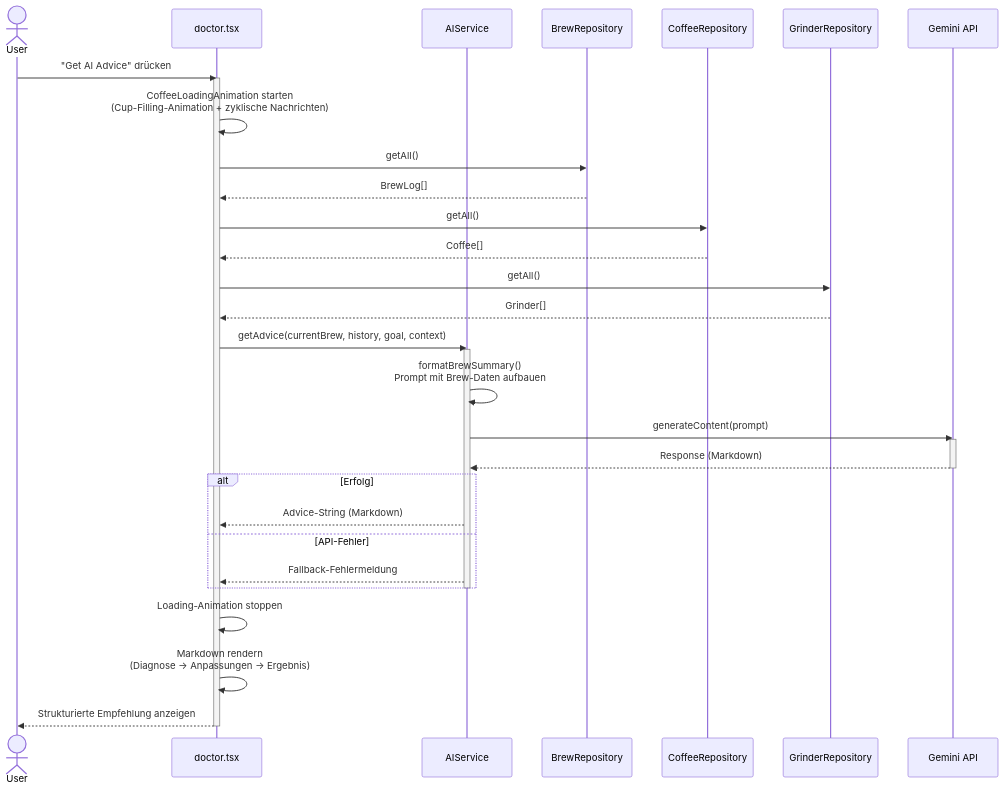
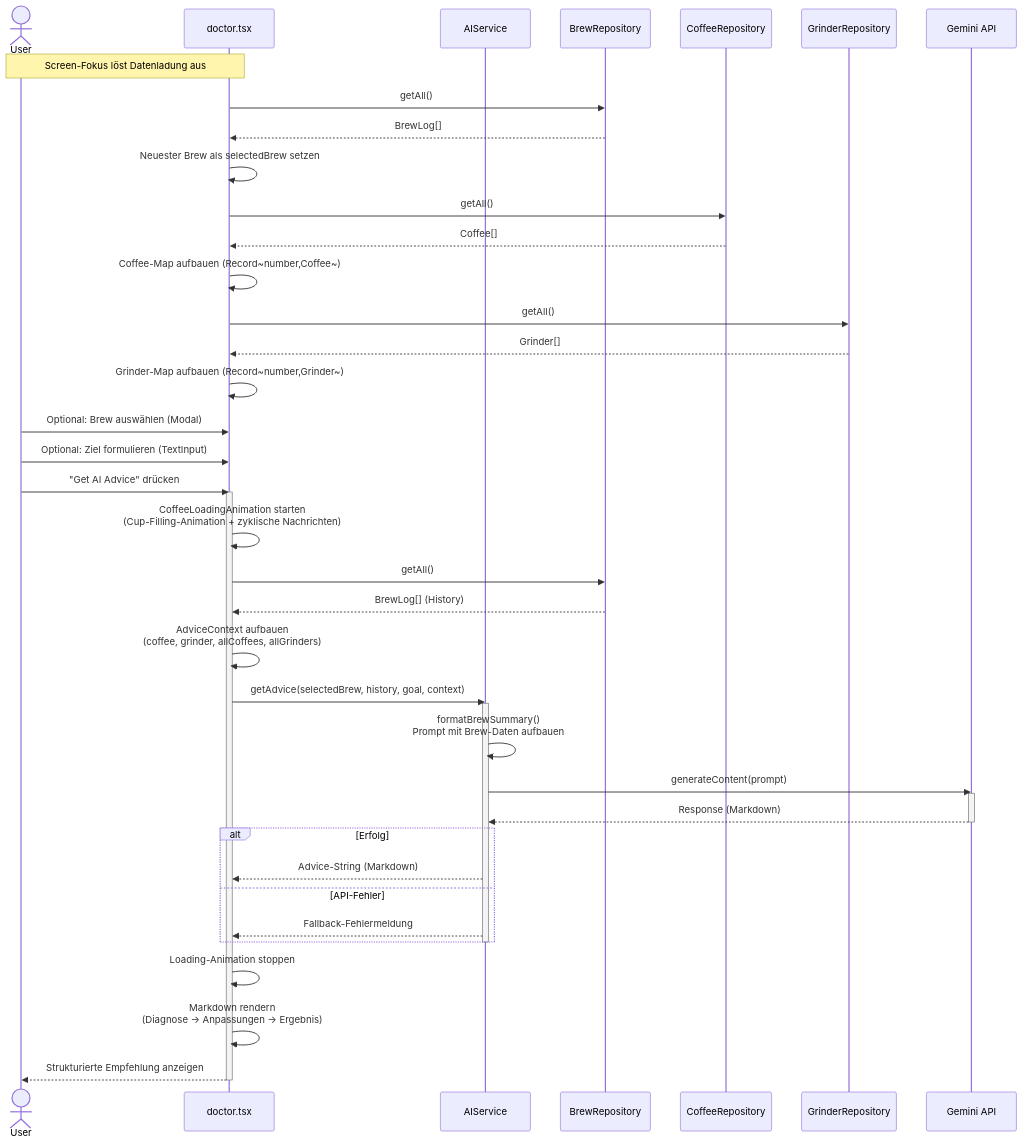
Before and after one commit to zobe03/Coffee-app: the fourth of 4 diagrams in README.md, drawn with Mermaid. The commit also changed other lines of this file, not shown here.

Commit message:
neie diagramme

````diff
--- a/README.md
+++ b/README.md
@@ -528,45 +569,56 @@
 ```mermaid
 sequenceDiagram
     actor User
     participant Doctor as doctor.tsx
     participant AIService as AIService
     participant BrewRepo as BrewRepository
     participant CoffeeRepo as CoffeeRepository
     participant GrinderRepo as GrinderRepository
     participant Gemini as Gemini API
 
+    Note over User,Doctor: Screen-Fokus löst Datenladung aus
+    Doctor->>BrewRepo: getAll()
+    BrewRepo-->>Doctor: BrewLog[]
+    Doctor->>Doctor: Neuester Brew als selectedBrew setzen
+
+    Doctor->>CoffeeRepo: getAll()
+    CoffeeRepo-->>Doctor: Coffee[]
+    Doctor->>Doctor: Coffee-Map aufbauen (Record~number,Coffee~)
+
+    Doctor->>GrinderRepo: getAll()
+    GrinderRepo-->>Doctor: Grinder[]
+    Doctor->>Doctor: Grinder-Map aufbauen (Record~number,Grinder~)
+
+    User->>Doctor: Optional: Brew auswählen (Modal)
+    User->>Doctor: Optional: Ziel formulieren (TextInput)
     User->>Doctor: "Get AI Advice" drücken
     activate Doctor
     Doctor->>Doctor: CoffeeLoadingAnimation starten<br/>(Cup-Filling-Animation + zyklische Nachrichten)
 
     Doctor->>BrewRepo: getAll()
-    BrewRepo-->>Doctor: BrewLog[]
+    BrewRepo-->>Doctor: BrewLog[] (History)
 
-    Doctor->>CoffeeRepo: getAll()
-    CoffeeRepo-->>Doctor: Coffee[]
+    Doctor->>Doctor: AdviceContext aufbauen<br/>(coffee, grinder, allCoffees, allGrinders)
 
-    Doctor->>GrinderRepo: getAll()
-    GrinderRepo-->>Doctor: Grinder[]
-
-    Doctor->>AIService: getAdvice(currentBrew, history, goal, context)
+    Doctor->>AIService: getAdvice(selectedBrew, history, goal, context)
     activate AIService
 
     AIService->>AIService: formatBrewSummary()<br/>Prompt mit Brew-Daten aufbauen
 
     AIService->>Gemini: generateContent(prompt)
     activate Gemini
     Gemini-->>AIService: Response (Markdown)
     deactivate Gemini
 
     alt Erfolg
         AIService-->>Doctor: Advice-String (Markdown)
     else API-Fehler
         AIService-->>Doctor: Fallback-Fehlermeldung
     end
     deactivate AIService
 
     Doctor->>Doctor: Loading-Animation stoppen
     Doctor->>Doctor: Markdown rendern<br/>(Diagnose → Anpassungen → Ergebnis)
     Doctor-->>User: Strukturierte Empfehlung anzeigen
     deactivate Doctor
 ```
````
